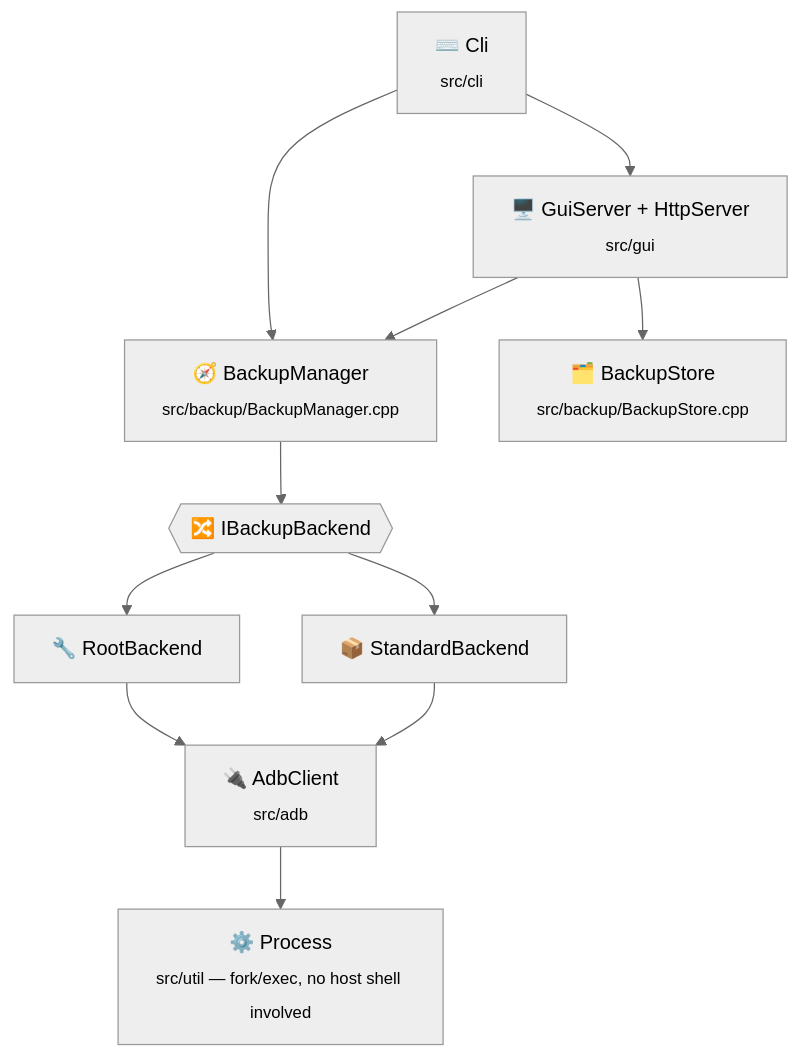
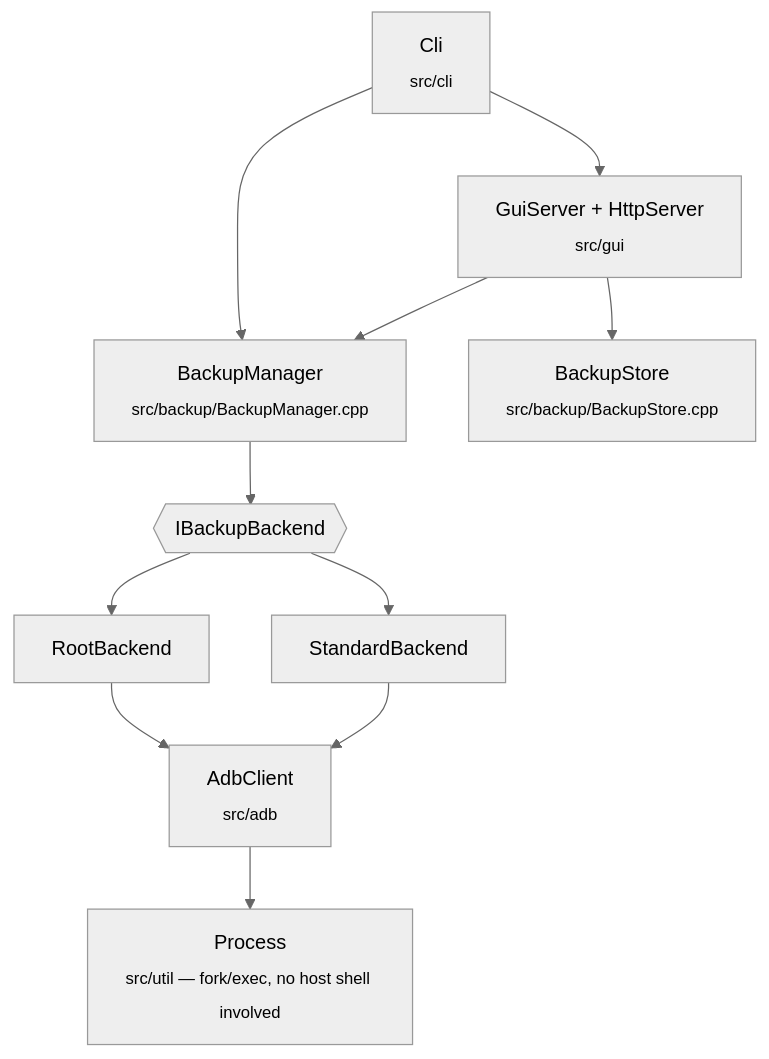
The diagram in docs/ARCHITECTURE.md (guillaume-behr/abp), drawn with Mermaid (neutral theme) before and after one commit. The commit also changed other lines of this file and 24 other files, not shown here.

````diff
--- a/docs/ARCHITECTURE.md
+++ b/docs/ARCHITECTURE.md
@@ -6,23 +6,23 @@
 ```mermaid
 flowchart TB
-    CLI["⌨️ Cli<br/><sub>src/cli</sub>"]
-    GUI["🖥️ GuiServer + HttpServer<br/><sub>src/gui</sub>"]
-    STORE["🗂️ BackupStore<br/><sub>src/backup/BackupStore.cpp</sub>"]
-    BM["🧭 BackupManager<br/><sub>src/backup/BackupManager.cpp</sub>"]
-    IF{{"🔀 IBackupBackend"}}
-    RB["🔧 RootBackend"]
-    SB["📦 StandardBackend"]
-    ADB["🔌 AdbClient<br/><sub>src/adb</sub>"]
-    PROC["⚙️ Process<br/><sub>src/util — fork/exec, no host shell involved</sub>"]
+    CLI["Cli<br/><sub>src/cli</sub>"]
+    GUI["GuiServer + HttpServer<br/><sub>src/gui</sub>"]
+    STORE["BackupStore<br/><sub>src/backup/BackupStore.cpp</sub>"]
+    BM["BackupManager<br/><sub>src/backup/BackupManager.cpp</sub>"]
+    IF{{"IBackupBackend"}}
+    RB["RootBackend"]
+    SB["StandardBackend"]
+    ADB["AdbClient<br/><sub>src/adb</sub>"]
+    PROC["Process<br/><sub>src/util — fork/exec, no host shell involved</sub>"]
 
     CLI --> BM
     CLI --> GUI
     GUI --> BM
     GUI --> STORE
     BM --> IF
     IF --> RB
     IF --> SB
     RB --> ADB
     SB --> ADB
     ADB --> PROC
 ```
````
